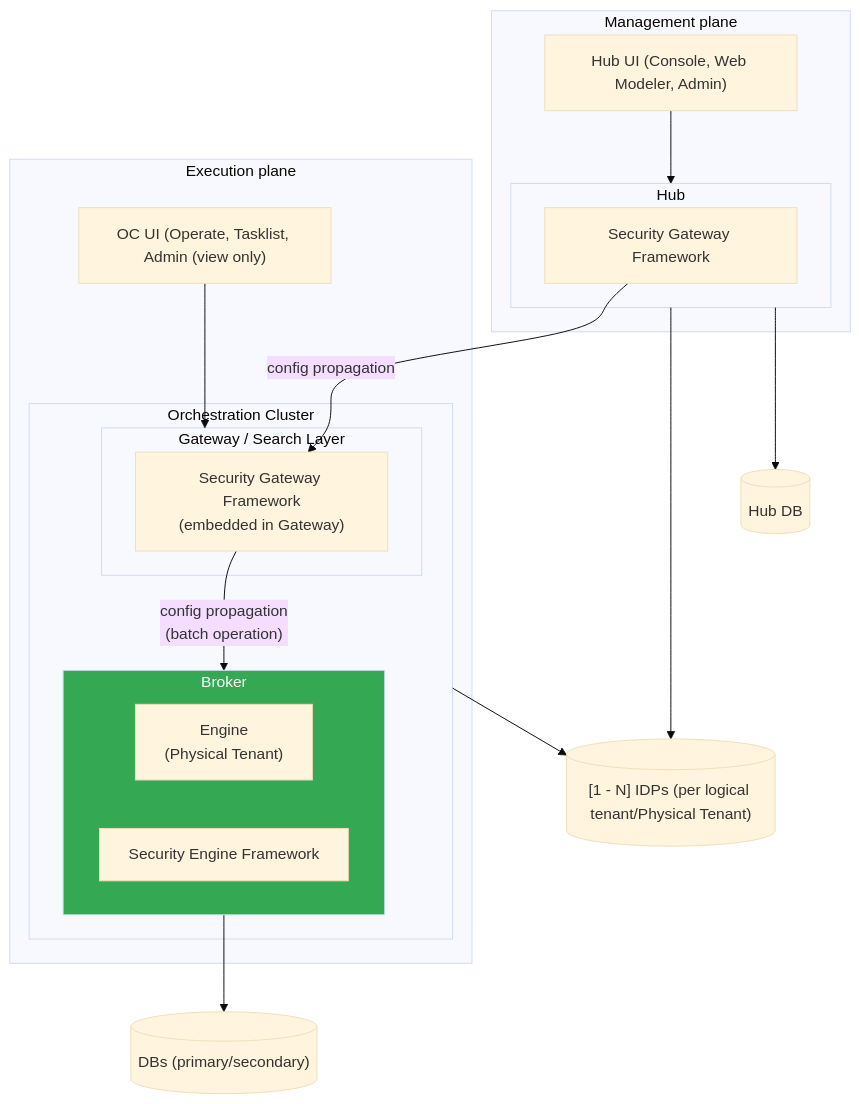
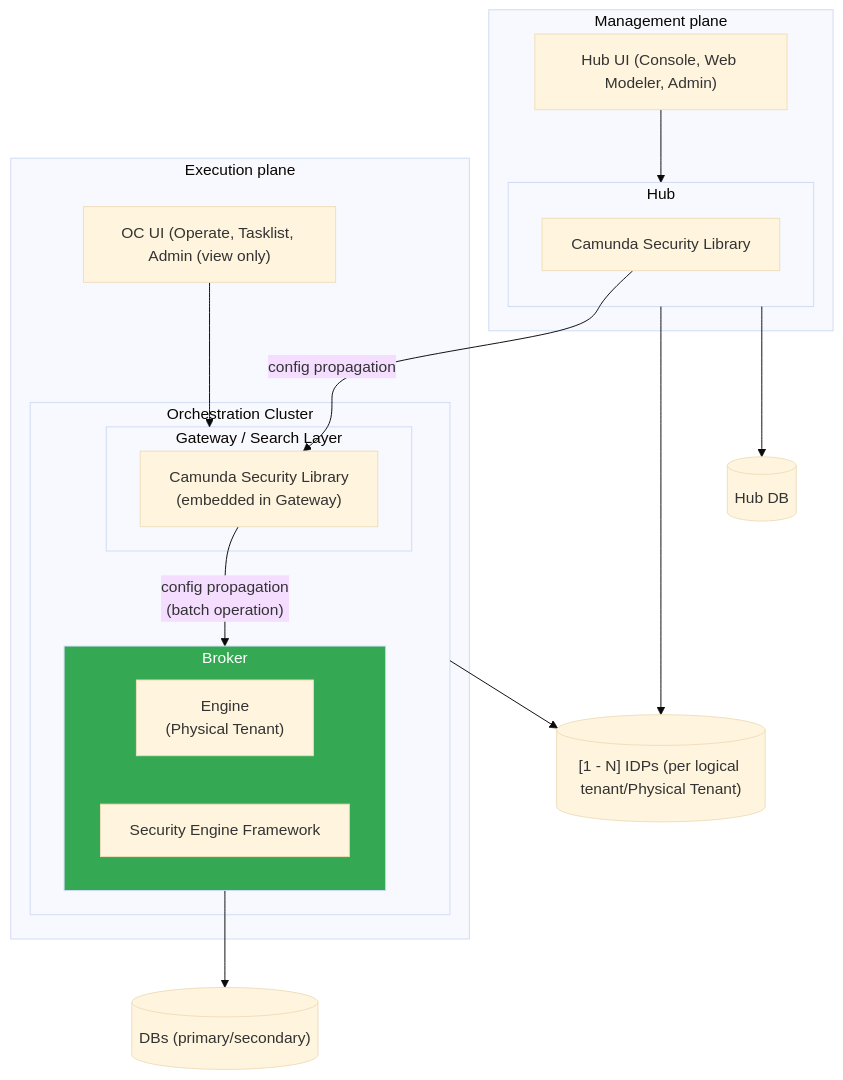
The fifth of 22 diagrams in docs/architecture_docs.md (camunda/camunda-security-library), drawn with Mermaid (base theme) before and after one commit. The commit also changed other lines of this file and 6 other files, not shown here.

````diff
--- a/docs/architecture_docs.md
+++ b/docs/architecture_docs.md
@@ -468,42 +466,42 @@
 ```mermaid
 flowchart TB
   subgraph Mgmt["Management plane"]
     HubUi["Hub UI (Console, Web Modeler, Admin)"]
 
     subgraph Hub["Hub"]
-      SecGatHub["Security Gateway Framework"]
+      SecGatHub["Camunda Security Library"]
     end
 
     HubUi --> Hub
   end
 
   subgraph Execution["Execution plane"]
     OcUi["OC UI (Operate, Tasklist, Admin (view only)"]
 
     subgraph OC["Orchestration Cluster"]
       subgraph GatewayLayer["Gateway / Search Layer"]
-        SecGatOC["Security Gateway Framework</br>(embedded in Gateway)"]
+        SecGatOC["Camunda Security Library</br>(embedded in Gateway)"]
       end
 
       subgraph Broker["Broker"]
         Engine["Engine</br>(Physical Tenant)"]
         SecEngFrame["Security Engine Framework"]
       end
 
       SecGatOC -->|"config propagation</br>(batch operation)"| Broker
     end
 
     OcUi --> GatewayLayer
   end
 
   IdPs[("[1 - N] IDPs (per logical tenant/Physical Tenant)")]
   DBs[("DBs (primary/secondary)")]
   HubDb[("Hub DB")]
 
   SecGatHub -->|"config propagation"| SecGatOC
   Broker --> DBs
   OC & Hub --> IdPs
   Hub --> HubDb
 
   style Broker fill:#34a853,color:#fff
 ```
````
